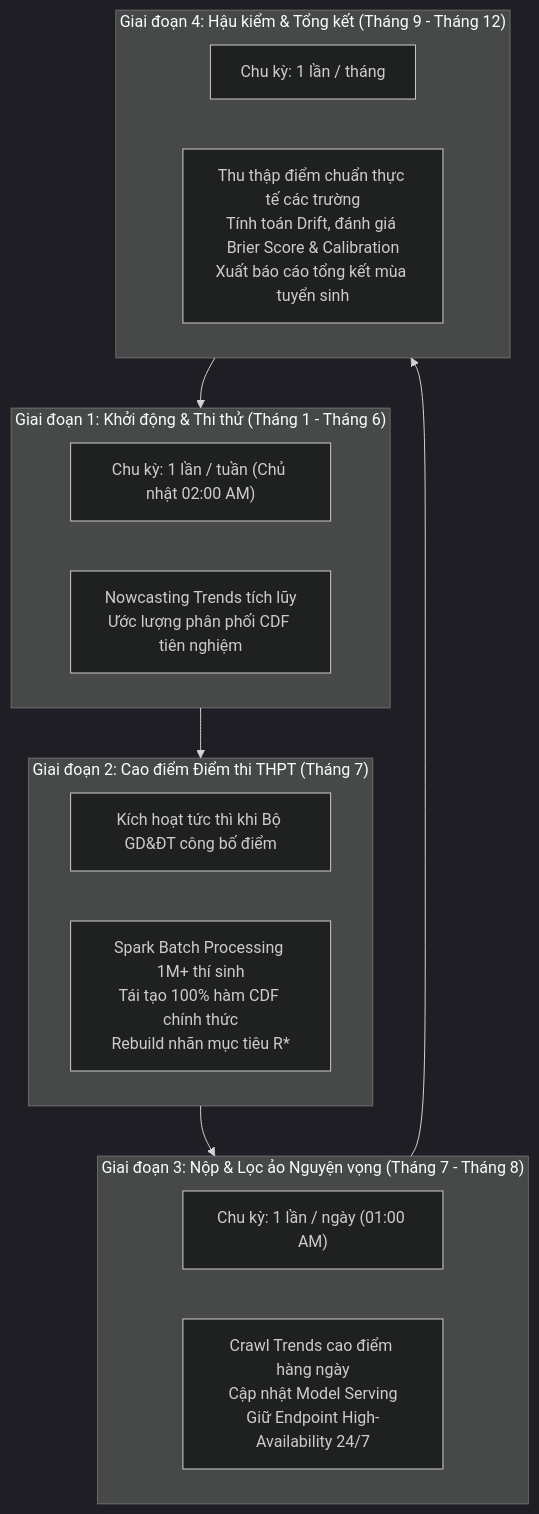
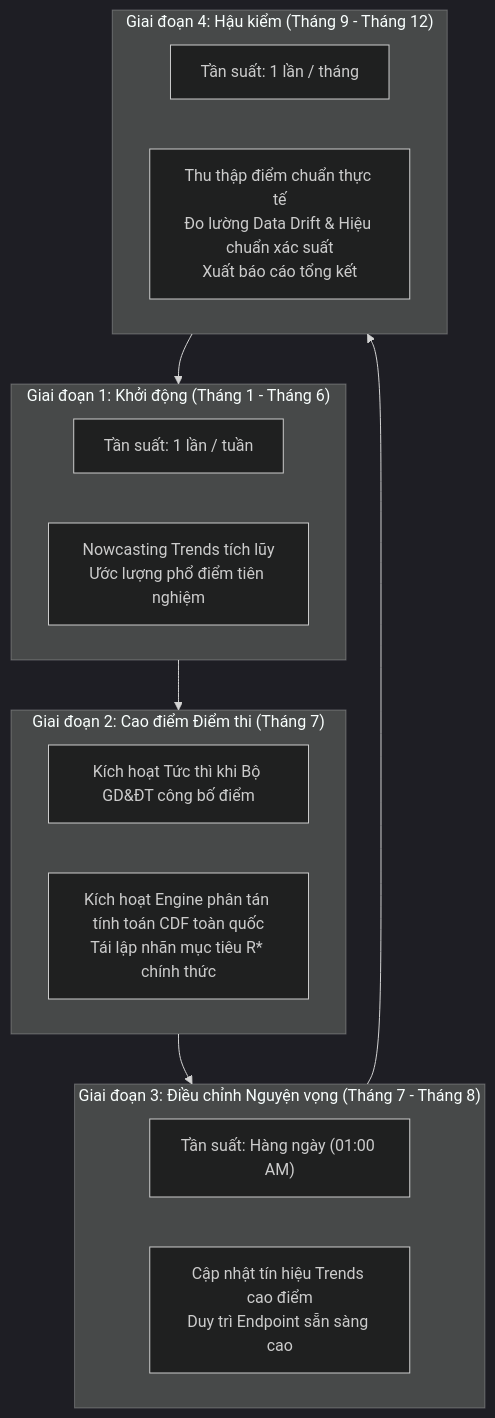
Before and after one commit to MinhQuan805/IS405.R11-Big-Data: the seventh of 7 diagrams in docs/big-data-processing-implement-plan.md, drawn with Mermaid (dark theme). The commit also changed other lines of this file, not shown here.

````diff
--- a/docs/big-data-processing-implement-plan.md
+++ b/docs/big-data-processing-implement-plan.md
@@ -614,24 +622,24 @@
 ```mermaid
 flowchart TD
-    subgraph PHASE1["Giai đoạn 1: Khởi động & Thi thử (Tháng 1 - Tháng 6)"]
-        P1_T["Chu kỳ: 1 lần / tuần (Chủ nhật 02:00 AM)"]
-        P1_ACT["Nowcasting Trends tích lũy\nƯớc lượng phân phối CDF tiên nghiệm"]
+    subgraph S1["Giai đoạn 1: Khởi động (Tháng 1 - Tháng 6)"]
+        S1_FREQ["Tần suất: 1 lần / tuần"]
+        S1_ACT["Nowcasting Trends tích lũy\nƯớc lượng phổ điểm tiên nghiệm"]
     end
 
-    subgraph PHASE2["Giai đoạn 2: Cao điểm Điểm thi THPT (Tháng 7)"]
-        P2_T["Kích hoạt tức thì khi Bộ GD&ĐT công bố điểm"]
-        P2_ACT["Spark Batch Processing 1M+ thí sinh\nTái tạo 100% hàm CDF chính thức\nRebuild nhãn mục tiêu R*"]
+    subgraph S2["Giai đoạn 2: Cao điểm Điểm thi (Tháng 7)"]
+        S2_FREQ["Kích hoạt Tức thì khi Bộ GD&ĐT công bố điểm"]
+        S2_ACT["Kích hoạt Engine phân tán tính toán CDF toàn quốc\nTái lập nhãn mục tiêu R* chính thức"]
     end
 
-    subgraph PHASE3["Giai đoạn 3: Nộp & Lọc ảo Nguyện vọng (Tháng 7 - Tháng 8)"]
-        P3_T["Chu kỳ: 1 lần / ngày (01:00 AM)"]
-        P3_ACT["Crawl Trends cao điểm hàng ngày\nCập nhật Model Serving\nGiữ Endpoint High-Availability 24/7"]
+    subgraph S3["Giai đoạn 3: Điều chỉnh Nguyện vọng (Tháng 7 - Tháng 8)"]
+        S3_FREQ["Tần suất: Hàng ngày (01:00 AM)"]
+        S3_ACT["Cập nhật tín hiệu Trends cao điểm\nDuy trì Endpoint sẵn sàng cao"]
     end
 
-    subgraph PHASE4["Giai đoạn 4: Hậu kiểm & Tổng kết (Tháng 9 - Tháng 12)"]
-        P4_T["Chu kỳ: 1 lần / tháng"]
-        P4_ACT["Thu thập điểm chuẩn thực tế các trường\nTính toán Drift, đánh giá Brier Score & Calibration\nXuất báo cáo tổng kết mùa tuyển sinh"]
+    subgraph S4["Giai đoạn 4: Hậu kiểm (Tháng 9 - Tháng 12)"]
+        S4_FREQ["Tần suất: 1 lần / tháng"]
+        S4_ACT["Thu thập điểm chuẩn thực tế\nĐo lường Data Drift & Hiệu chuẩn xác suất\nXuất báo cáo tổng kết"]
     end
 
-    PHASE1 --> PHASE2 --> PHASE3 --> PHASE4 --> PHASE1
+    S1 --> S2 --> S3 --> S4 --> S1
 ```
````
